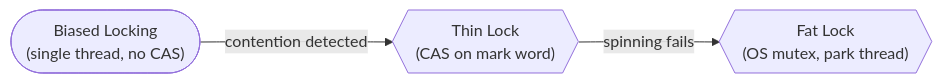
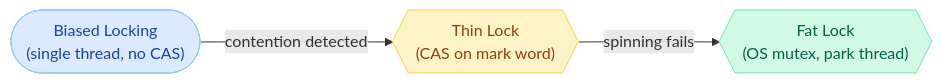
One commit to saivamsikaruturi/vamsilabs-dev-notes-main changed the fifth of 9 diagrams in docs/java/MultiThreading.md. Above: the diagram before and after it, drawn with Mermaid. The commit also changed other lines of this file and 220 other files, not shown here.

First line of the commit message:
Add 50+ new Java/Spring Boot pages, rewrite CSS code blocks to Oracle style, fix all diagram colors

````diff
--- a/docs/java/MultiThreading.md
+++ b/docs/java/MultiThreading.md
@@ -393,5 +410,9 @@
 ```mermaid
 flowchart LR
     B(["Biased Locking<br/>(single thread, no CAS)"]) -->|contention detected| T{{"Thin Lock<br/>(CAS on mark word)"}}
     T -->|spinning fails| F{{"Fat Lock<br/>(OS mutex, park thread)"}}
+
+    style B fill:#DBEAFE,stroke:#93C5FD,color:#1E40AF
+    style F fill:#D1FAE5,stroke:#6EE7B7,color:#065F46
+    style T fill:#FEF3C7,stroke:#FCD34D,color:#92400E
 ```
````
